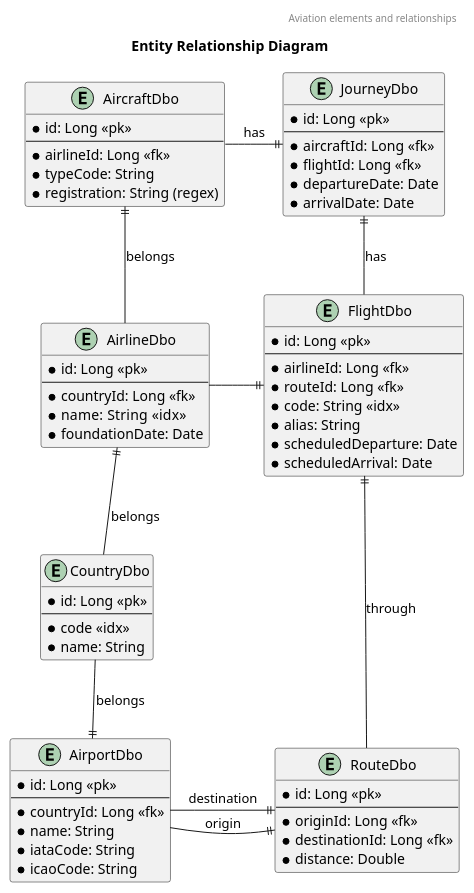
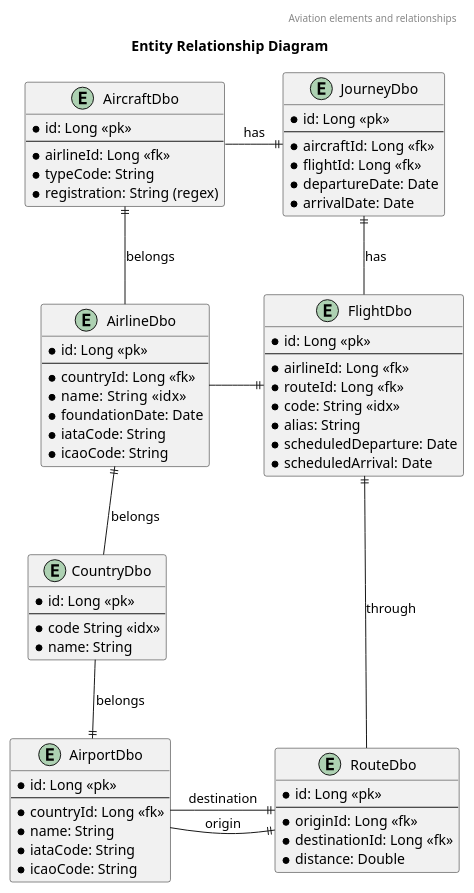
One commit to butcherless/incubator changed the diagram in docs/aviation-entity-relationship-diagram.puml. Above: the diagram before and after it, drawn with PlantUML. The commit also changed 6 other files, not shown here.

```diff
--- a/docs/aviation-entity-relationship-diagram.puml
+++ b/docs/aviation-entity-relationship-diagram.puml
@@ -1,77 +1,79 @@
 @startuml
 header Aviation elements and relationships
 title Entity Relationship Diagram
 
 hide footbox
 
 entity CountryDbo {
  * id: Long <<pk>>
  --
- * code <<idx>>
+ * code String <<idx>>
  * name: String
 }
 
 entity AirportDbo {
  * id: Long <<pk>>
  --
  * countryId: Long <<fk>>
  * name: String
  * iataCode: String
  * icaoCode: String
 }
 
 entity AirlineDbo {
  * id: Long <<pk>>
  --
  * countryId: Long <<fk>>
  * name: String  <<idx>>
  * foundationDate: Date
+ * iataCode: String
+ * icaoCode: String
 }
 
 entity AircraftDbo {
  * id: Long <<pk>>
  --
  * airlineId: Long <<fk>>
  * typeCode: String
  * registration: String (regex)
 }
 
 entity JourneyDbo {
  * id: Long <<pk>>
  --
  * aircraftId: Long <<fk>>
  * flightId: Long <<fk>>
  * departureDate: Date
  * arrivalDate: Date
 }
 
 entity FlightDbo {
  * id: Long <<pk>>
  --
  * airlineId: Long <<fk>>
  * routeId: Long <<fk>>
  * code: String <<idx>>
  * alias: String
  * scheduledDeparture: Date
  * scheduledArrival: Date
 }
 
 entity RouteDbo {
  * id: Long <<pk>>
  --
  * originId: Long <<fk>>
  * destinationId: Long <<fk>>
  * distance: Double
 }
 
 AirlineDbo  ||--     CountryDbo : belongs
 AirportDbo  ||-up-   CountryDbo : belongs
 AircraftDbo ||--     AirlineDbo: belongs
 JourneyDbo  ||-left- AircraftDbo: has
 JourneyDbo  ||--     FlightDbo: has
 FlightDbo   ||-left- AirlineDbo
 FlightDbo   ||--     RouteDbo: through
 RouteDbo    ||-left- AirportDbo: origin
 RouteDbo    ||-left- AirportDbo: destination
 
 @enduml
```
